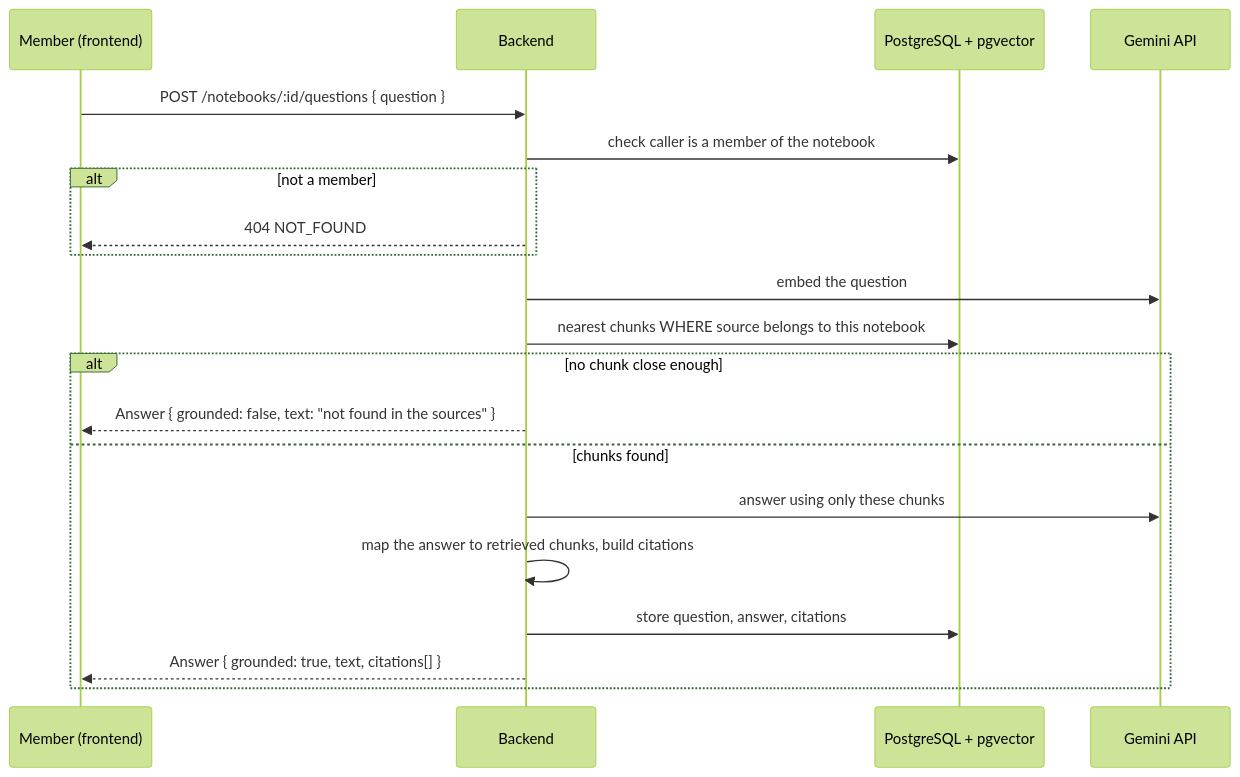
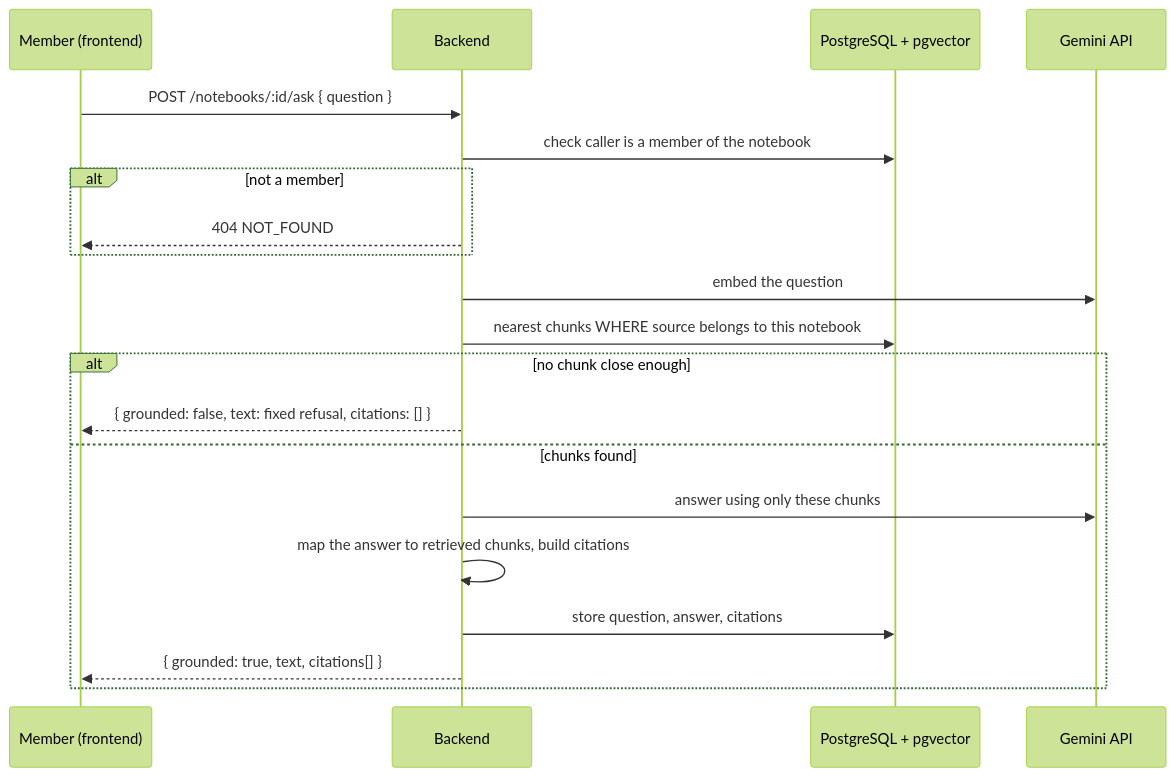
The diagram in docs/flows/ask-with-citations.md (Sadamdi/deep-notes), drawn with Mermaid (forest theme) before and after one commit. The commit also changed other lines of this file and 120 other files, not shown here.

````diff
--- a/docs/flows/ask-with-citations.md
+++ b/docs/flows/ask-with-citations.md
@@ -5,23 +5,23 @@
 ```mermaid
 sequenceDiagram
   participant U as Member (frontend)
   participant B as Backend
   participant D as PostgreSQL + pgvector
   participant G as Gemini API
 
-  U->>B: POST /notebooks/:id/questions { question }
+  U->>B: POST /notebooks/:id/ask { question }
   B->>D: check caller is a member of the notebook
   alt not a member
     B-->>U: 404 NOT_FOUND
   end
   B->>G: embed the question
   B->>D: nearest chunks WHERE source belongs to this notebook
   alt no chunk close enough
-    B-->>U: Answer { grounded: false, text: "not found in the sources" }
+    B-->>U: { grounded: false, text: fixed refusal, citations: [] }
   else chunks found
     B->>G: answer using only these chunks
     B->>B: map the answer to retrieved chunks, build citations
     B->>D: store question, answer, citations
-    B-->>U: Answer { grounded: true, text, citations[] }
+    B-->>U: { grounded: true, text, citations[] }
   end
 ```
````
